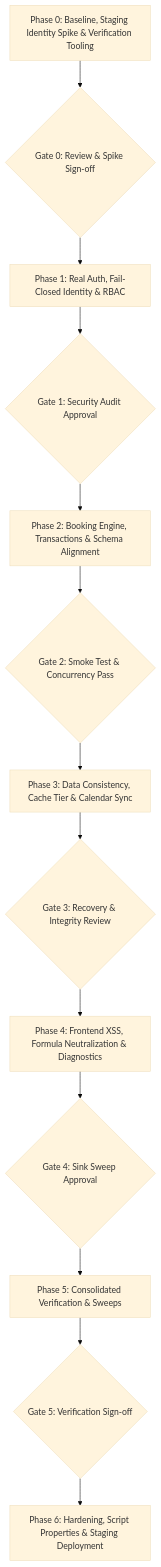
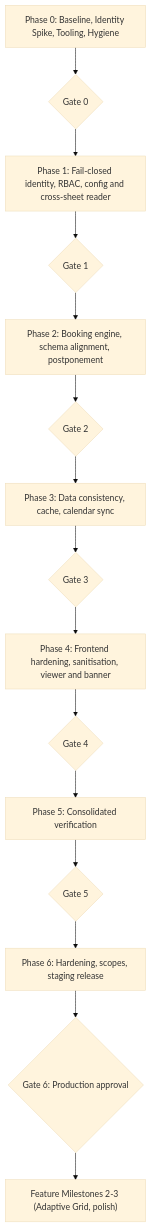
One commit to nattapat-poo/LabBooking changed the third of 3 diagrams in docs/IMPLEMENTATION_PLAN.md. Above: the diagram before and after it, drawn with Mermaid (base theme). The commit also changed other lines of this file and 6 other files, not shown here.

Commit message:
docs(plan): v1.4.0b plan, Phase 0 plan, checklist sync, ADR-0002/0003, PRD amendment

````diff
--- a/docs/IMPLEMENTATION_PLAN.md
+++ b/docs/IMPLEMENTATION_PLAN.md
@@ -250,15 +223,17 @@
 ```mermaid
 flowchart TD
-    P0["Phase 0: Baseline, Staging Identity Spike & Verification Tooling"] --> G0{"Gate 0: Review & Spike Sign-off"}
-    G0 --> P1["Phase 1: Real Auth, Fail-Closed Identity & RBAC"]
-    P1 --> G1{"Gate 1: Security Audit Approval"}
-    G1 --> P2["Phase 2: Booking Engine, Transactions & Schema Alignment"]
-    P2 --> G2{"Gate 2: Smoke Test & Concurrency Pass"}
-    G2 --> P3["Phase 3: Data Consistency, Cache Tier & Calendar Sync"]
-    P3 --> G3{"Gate 3: Recovery & Integrity Review"}
-    G3 --> P4["Phase 4: Frontend XSS, Formula Neutralization & Diagnostics"]
-    P4 --> G4{"Gate 4: Sink Sweep Approval"}
-    G4 --> P5["Phase 5: Consolidated Verification & Sweeps"]
-    P5 --> G5{"Gate 5: Verification Sign-off"}
-    G5 --> P6["Phase 6: Hardening, Script Properties & Staging Deployment"]
+    P0["Phase 0: Baseline, Identity Spike, Tooling, Hygiene"] --> G0{"Gate 0"}
+    G0 --> P1["Phase 1: Fail-closed identity, RBAC, config and cross-sheet reader"]
+    P1 --> G1{"Gate 1"}
+    G1 --> P2["Phase 2: Booking engine, schema alignment, postponement"]
+    P2 --> G2{"Gate 2"}
+    G2 --> P3["Phase 3: Data consistency, cache, calendar sync"]
+    P3 --> G3{"Gate 3"}
+    G3 --> P4["Phase 4: Frontend hardening, sanitisation, viewer and banner"]
+    P4 --> G4{"Gate 4"}
+    G4 --> P5["Phase 5: Consolidated verification"]
+    P5 --> G5{"Gate 5"}
+    G5 --> P6["Phase 6: Hardening, scopes, staging release"]
+    P6 --> G6{"Gate 6: Production approval"}
+    G6 --> F["Feature Milestones 2-3 (Adaptive Grid, polish)"]
 ```
````
